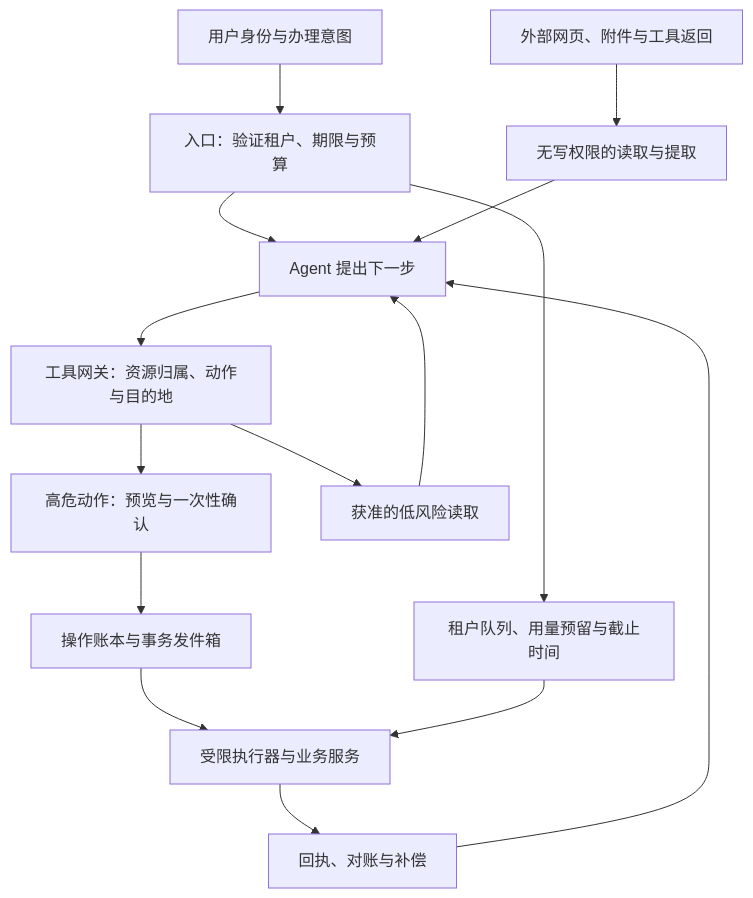
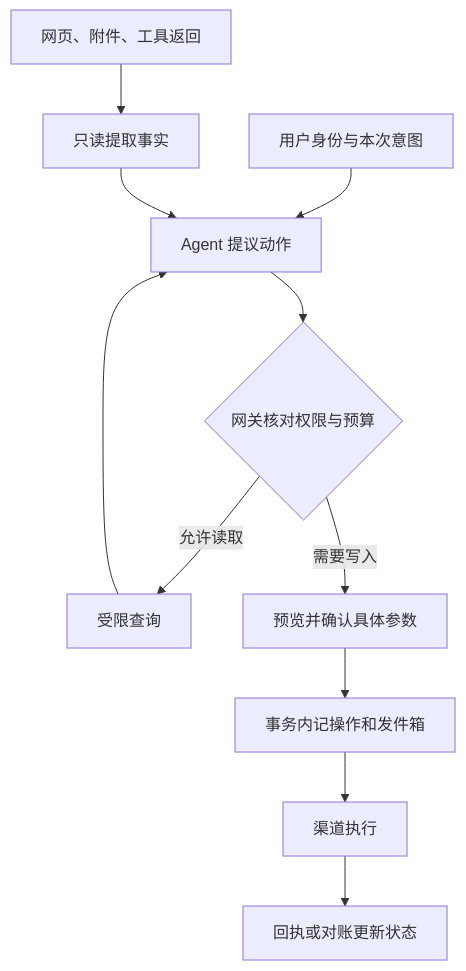
One commit to echonoshy/agent-engineering-handbook changed the first of 2 diagrams in 09-eval-observability-and-production/02-security-cost-and-production-ops.md. Above: the diagram before and after it, drawn with Mermaid. The commit also changed other lines of this file and 21 other files, not shown here.

````diff
--- a/09-eval-observability-and-production/02-security-cost-and-production-ops.md
+++ b/09-eval-observability-and-production/02-security-cost-and-production-ops.md
@@ -9,17 +5,13 @@
 ```mermaid
 flowchart TD
-  U["用户身份与办理意图"] --> G["入口：验证租户、期限与预算"]
-  G --> P["Agent 提出下一步"]
-  D["外部网页、附件与工具返回"] --> Q["无写权限的读取与提取"]
-  Q --> P
-  P --> W["工具网关：资源归属、动作与目的地"]
-  W --> H["高危动作：预览与一次性确认"]
-  W --> R["获准的低风险读取"]
-  H --> L["操作账本与事务发件箱"]
-  L --> S["受限执行器与业务服务"]
-  S --> V["回执、对账与补偿"]
-  R --> P
-  V --> P
-  G --> B["租户队列、用量预留与截止时间"]
-  B --> S
+  U["用户身份与本次意图"] --> A["Agent 提议动作"]
+  X["网页、附件、工具返回"] --> R["只读提取事实"]
+  R --> A
+  A --> G{"网关核对权限与预算"}
+  G -->|允许读取| T["受限查询"]
+  T --> A
+  G -->|需要写入| H["预览并确认具体参数"]
+  H --> L["事务内记操作和发件箱"]
+  L --> P["渠道执行"]
+  P --> S["回执或对账更新状态"]
 ```
````
